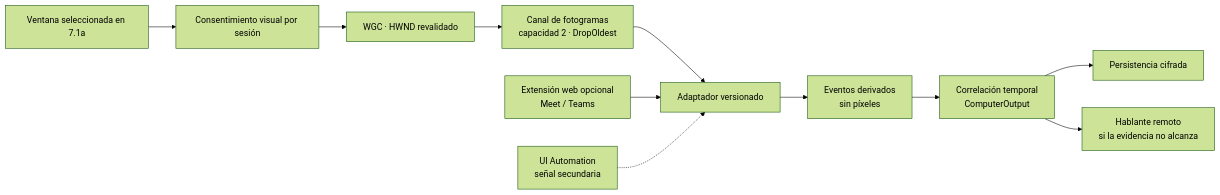
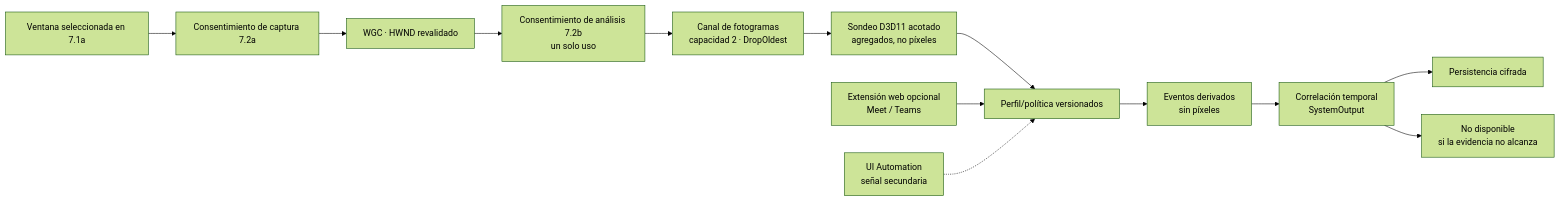
Before and after one commit to Andres-MMG/Trazio-Asistente-Reunion: the diagram in docs/stage-7-visual-speaker-plan.md, drawn with Mermaid (forest theme). The commit also changed other lines of this file and 12 other files, not shown here.

````diff
--- a/docs/stage-7-visual-speaker-plan.md
+++ b/docs/stage-7-visual-speaker-plan.md
@@ -57,13 +57,15 @@
 ```mermaid
 flowchart LR
-    Selection["Ventana seleccionada en 7.1a"] --> Consent["Consentimiento visual por sesión"]
-    Consent --> Capture["WGC · HWND revalidado"]
-    Capture --> Frames["Canal de fotogramas<br/>capacidad 2 · DropOldest"]
-    Frames --> Adapter["Adaptador versionado"]
+    Selection["Ventana seleccionada en 7.1a"] --> CaptureConsent["Consentimiento de captura 7.2a"]
+    CaptureConsent --> Capture["WGC · HWND revalidado"]
+    Capture --> AnalysisConsent["Consentimiento de análisis 7.2b<br/>un solo uso"]
+    AnalysisConsent --> Frames["Canal de fotogramas<br/>capacidad 2 · DropOldest"]
+    Frames --> Probe["Sondeo D3D11 acotado<br/>agregados, no píxeles"]
+    Probe --> Adapter["Perfil/política versionados"]
     Extension["Extensión web opcional<br/>Meet / Teams"] --> Adapter
     UIA["UI Automation<br/>señal secundaria"] -.-> Adapter
     Adapter --> Events["Eventos derivados<br/>sin píxeles"]
-    Events --> Correlation["Correlación temporal<br/>ComputerOutput"]
+    Events --> Correlation["Correlación temporal<br/>SystemOutput"]
     Correlation --> Store["Persistencia cifrada"]
-    Correlation --> Fallback["Hablante remoto<br/>si la evidencia no alcanza"]
+    Correlation --> Fallback["No disponible<br/>si la evidencia no alcanza"]
 ```
````
